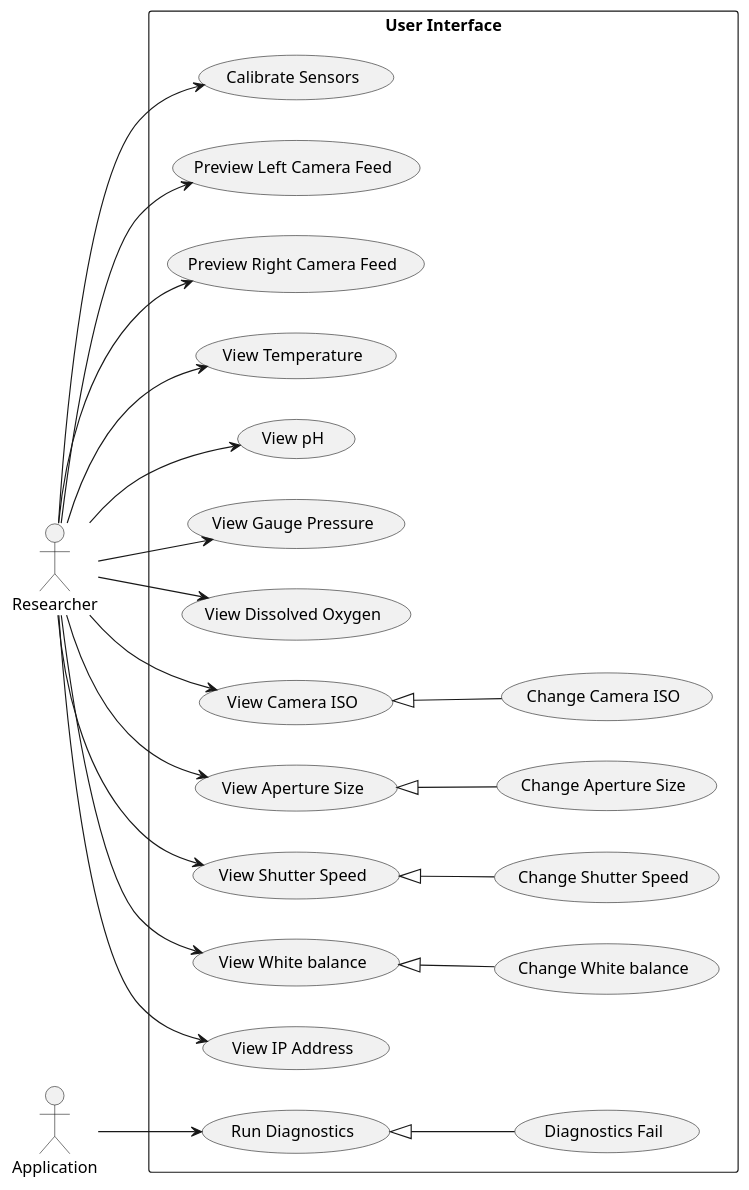
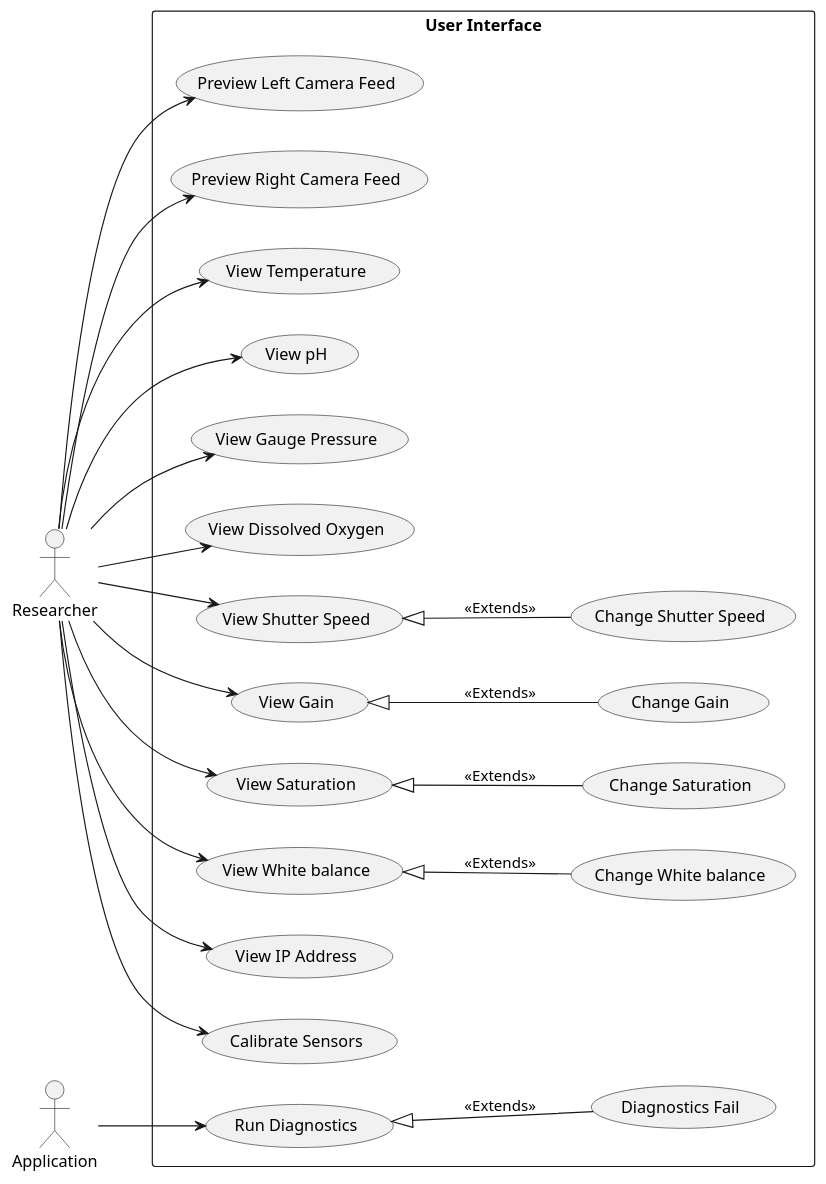
Before and after one commit to fabiomatos999/M.O.S.I.S: the diagram in Final_Report_Document/Appendix/Design_Documentation/Use_Case_Diagram/Figures/use_case.pu, drawn with PlantUML. The commit also changed 2 other files, not shown here.

Commit message:
Update use case diagram.

```diff
--- a/Final_Report_Document/Appendix/Design_Documentation/Use_Case_Diagram/Figures/use_case.pu
+++ b/Final_Report_Document/Appendix/Design_Documentation/Use_Case_Diagram/Figures/use_case.pu
@@ -1,43 +1,43 @@
 @startuml
 left to right direction
 :Researcher: as R
 :Application: as A
 rectangle "User Interface" {
 	  usecase "Run Diagnostics" as RD
 	  usecase "Diagnostics Fail" as DF
 	  usecase "Preview Left Camera Feed" as PLCF
 	  usecase "Preview Right Camera Feed" as PRCF
 	  usecase "View Temperature" as VT
 	  usecase "View pH" as VPh
 	  usecase "View Gauge Pressure" as VAP
 	  usecase "View Dissolved Oxygen" as VDO
-	  usecase "View Camera ISO" as VCI
-	  usecase "View Aperture Size" as VAS
 	  usecase "View Shutter Speed" as VSS
+	  usecase "View Gain" as VG
+	  usecase "View Saturation" as VS
 	  usecase "View White balance" as VWB
 	  usecase "View IP Address" as VIA
-	  usecase "Change Camera ISO" as CCI
-	  usecase "Change Aperture Size" as CAS
 	  usecase "Change Shutter Speed" as CSS
+	  usecase "Change Gain" as CG
+	  usecase "Change Saturation" as CCS
 	  usecase "Change White balance" as CWB
 	  usecase "Calibrate Sensors" as CS
 }
 A --> RD
-RD <|-- DF
+RD <|-- DF : <<Extends>>
 R --> PLCF
 R --> PRCF
 R --> VT
 R --> VPh
 R --> VAP
 R --> VDO
-R --> VCI
-R --> VAS
 R --> VSS
 R --> VWB
 R --> VIA
 R --> CS
-VCI <|-- CCI
-VAS <|-- CAS
-VSS <|-- CSS
-VWB <|-- CWB
+R --> VG
+R --> VS
+VSS <|-- CSS : <<Extends>>
+VWB <|-- CWB : <<Extends>>
+VG <|-- CG : <<Extends>>
+VS <|-- CCS : <<Extends>>
 @enduml
```
